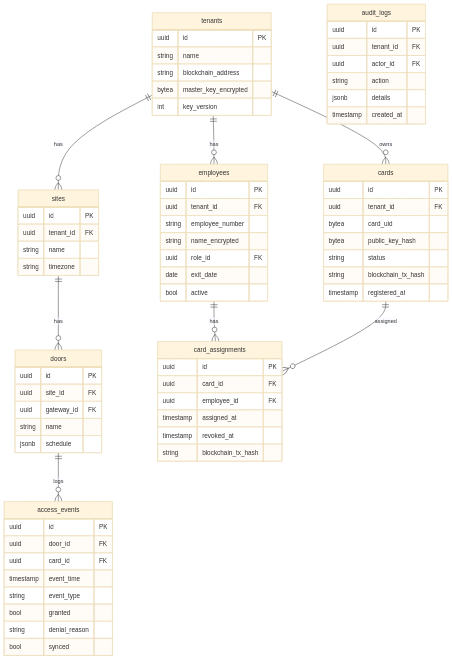
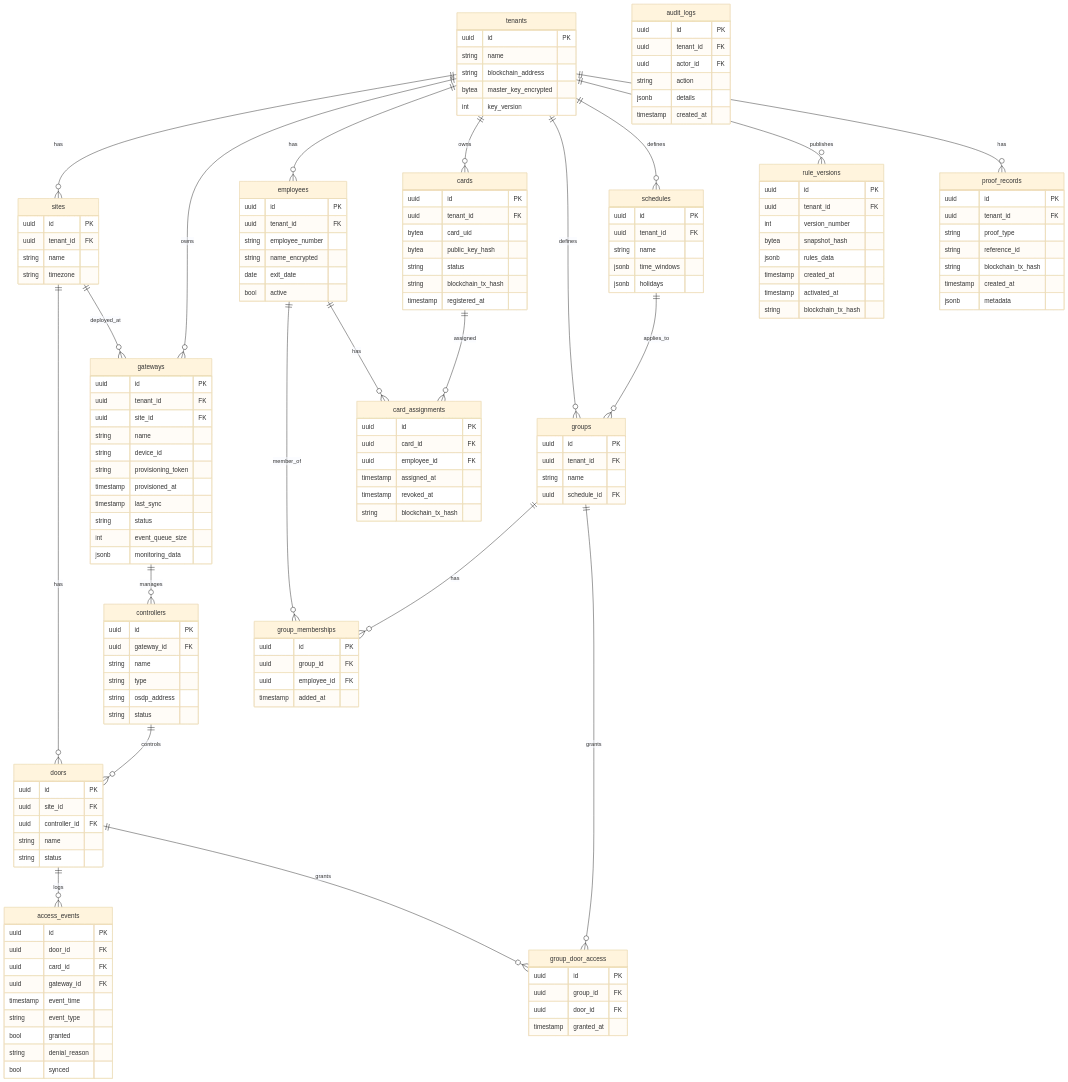
One commit to gutisalex/CFCardFactory changed the second of 4 diagrams in docs/architecture/ARCHITECTURE_PLAN.md. Above: the diagram before and after it, drawn with Mermaid (base theme). The commit also changed other lines of this file and 3 other files, not shown here.

Commit message:
docs: update architecture plans to reflect product name change to VeryFlow

````diff
--- a/docs/architecture/ARCHITECTURE_PLAN.md
+++ b/docs/architecture/ARCHITECTURE_PLAN.md
@@ -240,8 +294,13 @@
 ```mermaid
 erDiagram
     tenants ||--o{ sites : has
+    tenants ||--o{ gateways : owns
     tenants ||--o{ employees : has
     tenants ||--o{ cards : owns
+    tenants ||--o{ groups : defines
+    tenants ||--o{ schedules : defines
+    tenants ||--o{ rule_versions : publishes
+    tenants ||--o{ proof_records : has
     tenants {
         uuid id PK
         string name
@@ -251,6 +310,7 @@
     }
 
     sites ||--o{ doors : has
+    sites ||--o{ gateways : deployed_at
     sites {
         uuid id PK
         uuid tenant_id FK
@@ -258,24 +318,82 @@
         string timezone
     }
 
+    gateways ||--o{ controllers : manages
+    gateways {
+        uuid id PK
+        uuid tenant_id FK
+        uuid site_id FK
+        string name
+        string device_id
+        string provisioning_token
+        timestamp provisioned_at
+        timestamp last_sync
+        string status
+        int event_queue_size
+        jsonb monitoring_data
+    }
+
+    controllers ||--o{ doors : controls
+    controllers {
+        uuid id PK
+        uuid gateway_id FK
+        string name
+        string type
+        string osdp_address
+        string status
+    }
+
     doors ||--o{ access_events : logs
+    doors ||--o{ group_door_access : grants
     doors {
         uuid id PK
         uuid site_id FK
-        uuid gateway_id FK
+        uuid controller_id FK
         string name
-        jsonb schedule
+        string status
     }
 
+    schedules ||--o{ groups : applies_to
+    schedules {
+        uuid id PK
+        uuid tenant_id FK
+        string name
+        jsonb time_windows
+        jsonb holidays
+    }
+
+    groups ||--o{ group_memberships : has
+    groups ||--o{ group_door_access : grants
+    groups {
+        uuid id PK
+        uuid tenant_id FK
+        string name
+        uuid schedule_id FK
+    }
+
+    employees ||--o{ group_memberships : member_of
     employees ||--o{ card_assignments : has
     employees {
         uuid id PK
         uuid tenant_id FK
         string employee_number
         string name_encrypted
-        uuid role_id FK
         date exit_date
         bool active
+    }
+
+    group_memberships {
+        uuid id PK
+        uuid group_id FK
+        uuid employee_id FK
+        timestamp added_at
+    }
+
+    group_door_access {
+        uuid id PK
+        uuid group_id FK
+        uuid door_id FK
+        timestamp granted_at
     }
 
     cards ||--o{ card_assignments : assigned
@@ -298,15 +416,37 @@
         string blockchain_tx_hash
     }
 
+    rule_versions {
+        uuid id PK
+        uuid tenant_id FK
+        int version_number
+        bytea snapshot_hash
+        jsonb rules_data
+        timestamp created_at
+        timestamp activated_at
+        string blockchain_tx_hash
+    }
+
     access_events {
         uuid id PK
         uuid door_id FK
         uuid card_id FK
+        uuid gateway_id FK
         timestamp event_time
         string event_type
         bool granted
         string denial_reason
         bool synced
+    }
+
+    proof_records {
+        uuid id PK
+        uuid tenant_id FK
+        string proof_type
+        string reference_id
+        string blockchain_tx_hash
+        timestamp created_at
+        jsonb metadata
     }
 
     audit_logs {
````
